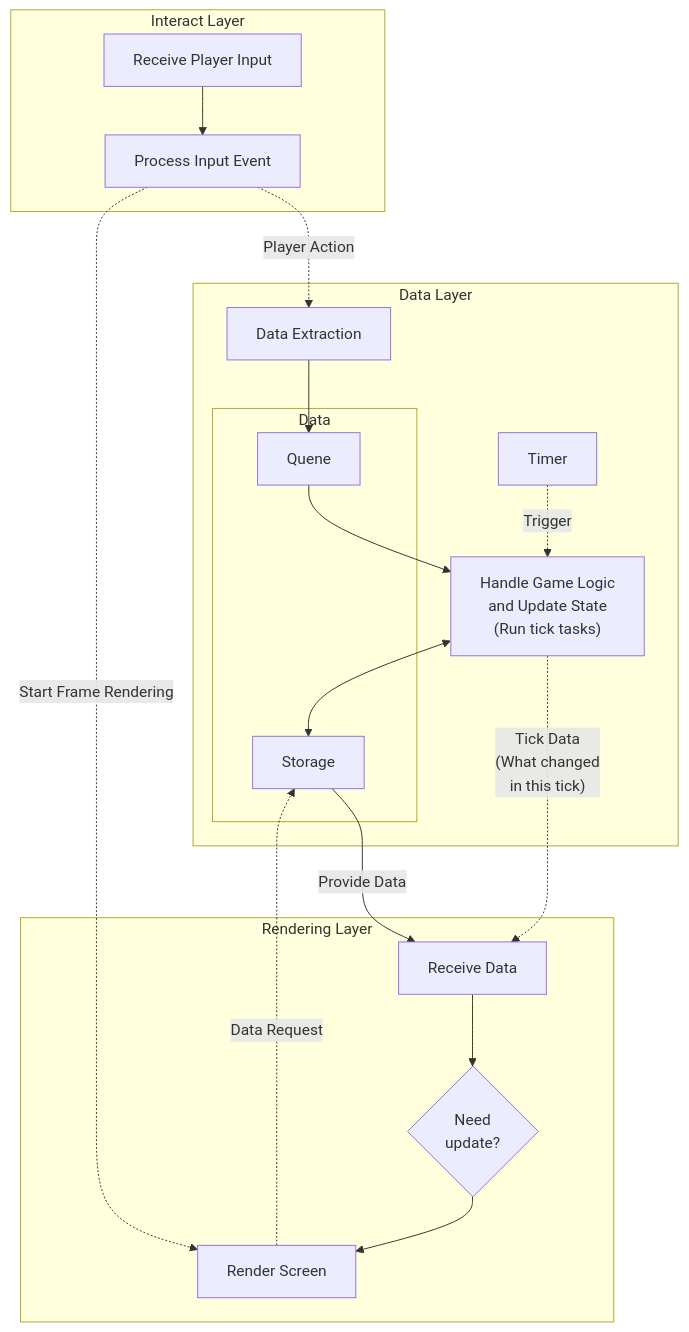
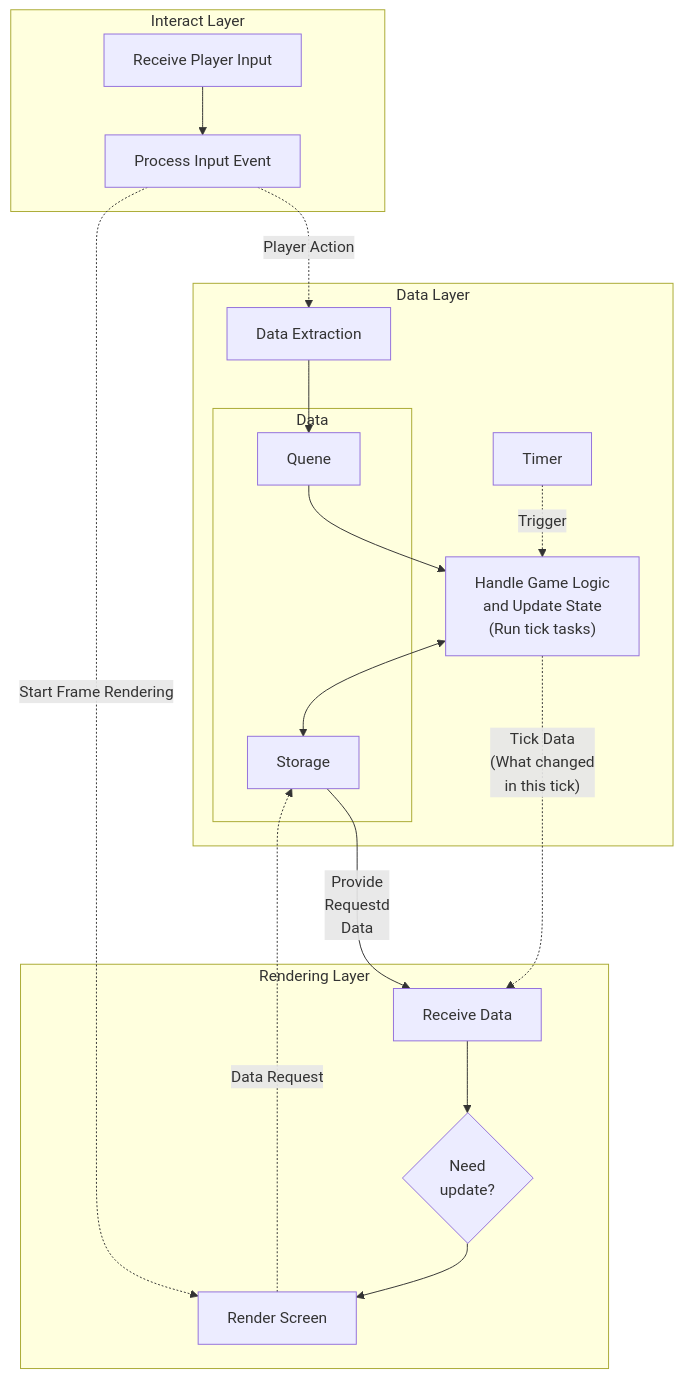
Before and after one commit to Yuba-Technology/Input-Magic: the diagram in docs/Project-Structure.md, drawn with Mermaid.

Commit message:
Docs(Project-Structure.md): Update project structure diagram

````diff
--- a/docs/Project-Structure.md
+++ b/docs/Project-Structure.md
@@ -24,41 +24,43 @@
 ```mermaid
 graph TD
 subgraph Interact Layer
 A[Receive Player Input]
 B[Process Input Event]
 A --> B
 end
 
 subgraph Data Layer
 C["Handle Game Logic
 and Update State
 (Run tick tasks)"]
 subgraph Data
 D[Storage]
 J[Quene]
 end
 H[Timer]
 I[Data Extraction]
 C <--> D
 H -.->|Trigger| C
 end
 
 subgraph Rendering Layer
 E[Receive Data]
 F{Need
 update?}
 G[Render Screen]
 E --> F
 F --> G
 G -.->|Data Request| D
-D -->|Provide Data| E
+D -->|Provide
+Requestd
+Data| E
 end
 
 B -.->|Player Action| I
 I --> J
 J --> C
 B -.->|Start Frame Rendering| G
 C -.->|"Tick Data
 (What changed
 in this tick)"| E
 ```
````
